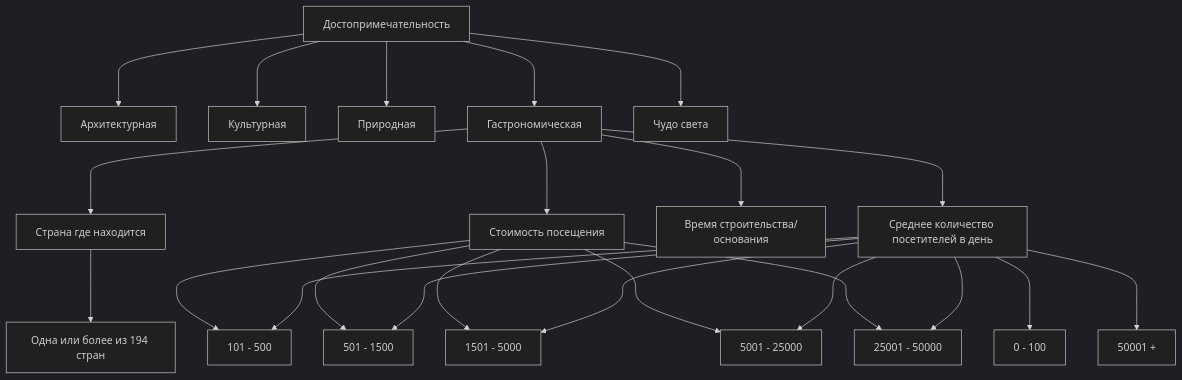
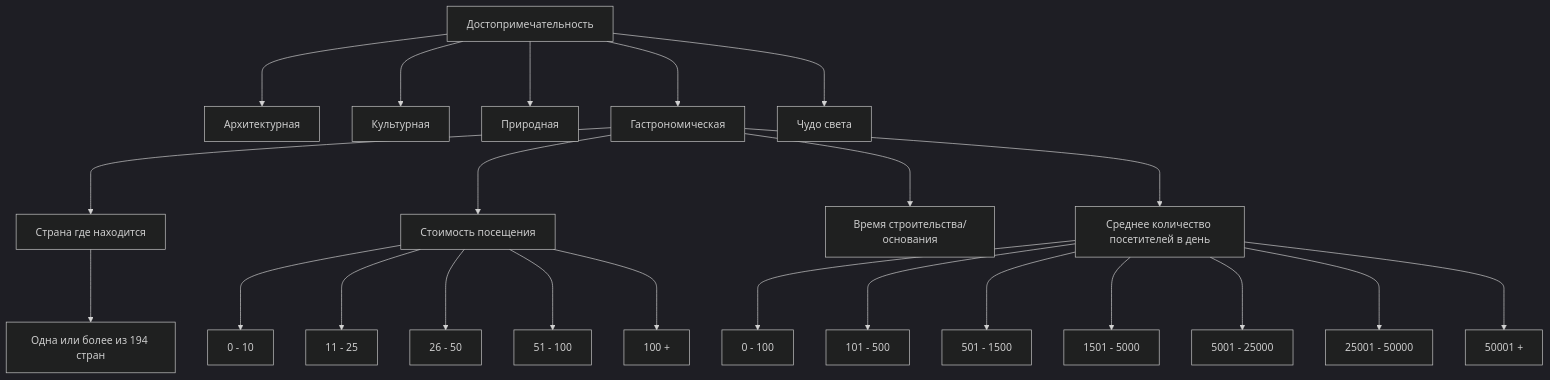
Before and after one commit to demonblo/artificial-intelligence-systems: the diagram in lab_01/tree.md, drawn with Mermaid (dark theme).

Commit message:
edit invalid connections for gastronomic attraction in tree.md

````diff
--- a/lab_01/tree.md
+++ b/lab_01/tree.md
@@ -1,29 +1,29 @@
 ```mermaid
 flowchart TD
 Достопримечательность ---> Архитектурная
 Достопримечательность ---> Культурная
 Достопримечательность ---> Природная
 Достопримечательность ---> Гастрономическая
 Достопримечательность ---> ЧС[Чудо света]
 
 Гастрономическая ---> СН[Страна где находится]
 Гастрономическая ---> СП[Стоимость посещения]
 Гастрономическая ---> ВО[Время строительства/основания]
 Гастрономическая ---> КТ[Среднее количество посетителей в день]
 
 СН ---> Страны[Одна или более из 194 стран]
 
-СП ---> low[0 - 10]
-СП ---> upper_low[11 - 25]
-СП ---> medium[26 - 50]
-СП ---> upper_medium[51 - 100]
-СП ---> high[100 +]
+СП ---> low_cost[0 - 10]
+СП ---> upper_low_cost[11 - 25]
+СП ---> medium_cost[26 - 50]
+СП ---> upper_medium_cost[51 - 100]
+СП ---> high_cost[100 +]
 
-КТ ---> super_low[0 - 100]
-КТ ---> low[101 - 500]
-КТ ---> upper_low[501 - 1500]
-КТ ---> medium[1501 - 5000]
-КТ ---> upper_medium[5001 - 25000]
-КТ ---> high[25001 - 50000]
-КТ ---> mega_high[50001 +]
+КТ ---> super_low_count[0 - 100]
+КТ ---> low_count[101 - 500]
+КТ ---> upper_low_count[501 - 1500]
+КТ ---> medium_count[1501 - 5000]
+КТ ---> upper_medium_count[5001 - 25000]
+КТ ---> high_count[25001 - 50000]
+КТ ---> mega_high_count[50001 +]
 ```
````
